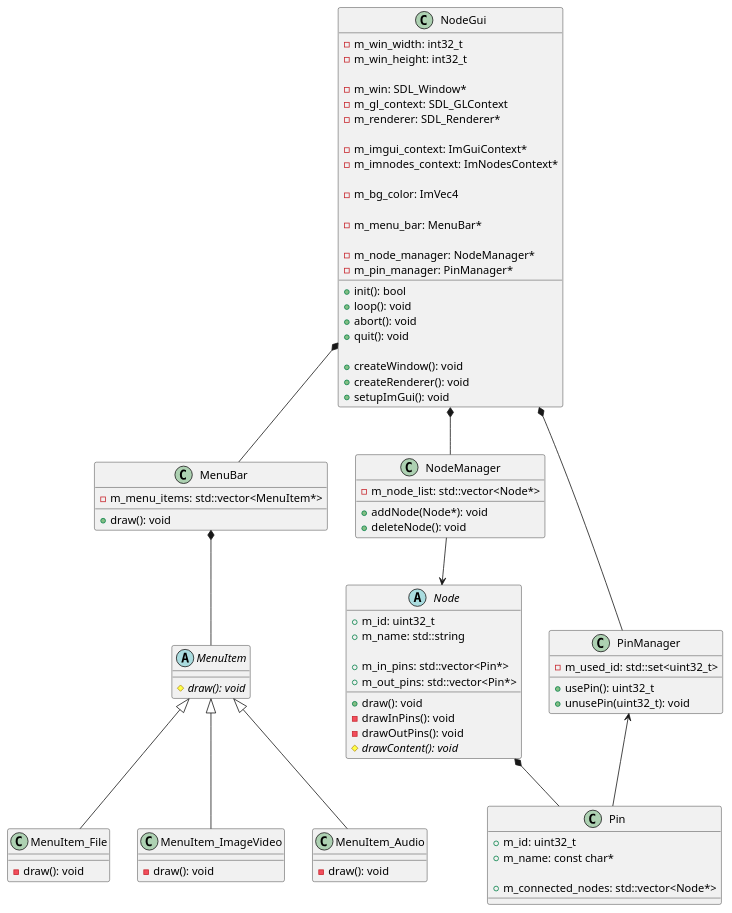
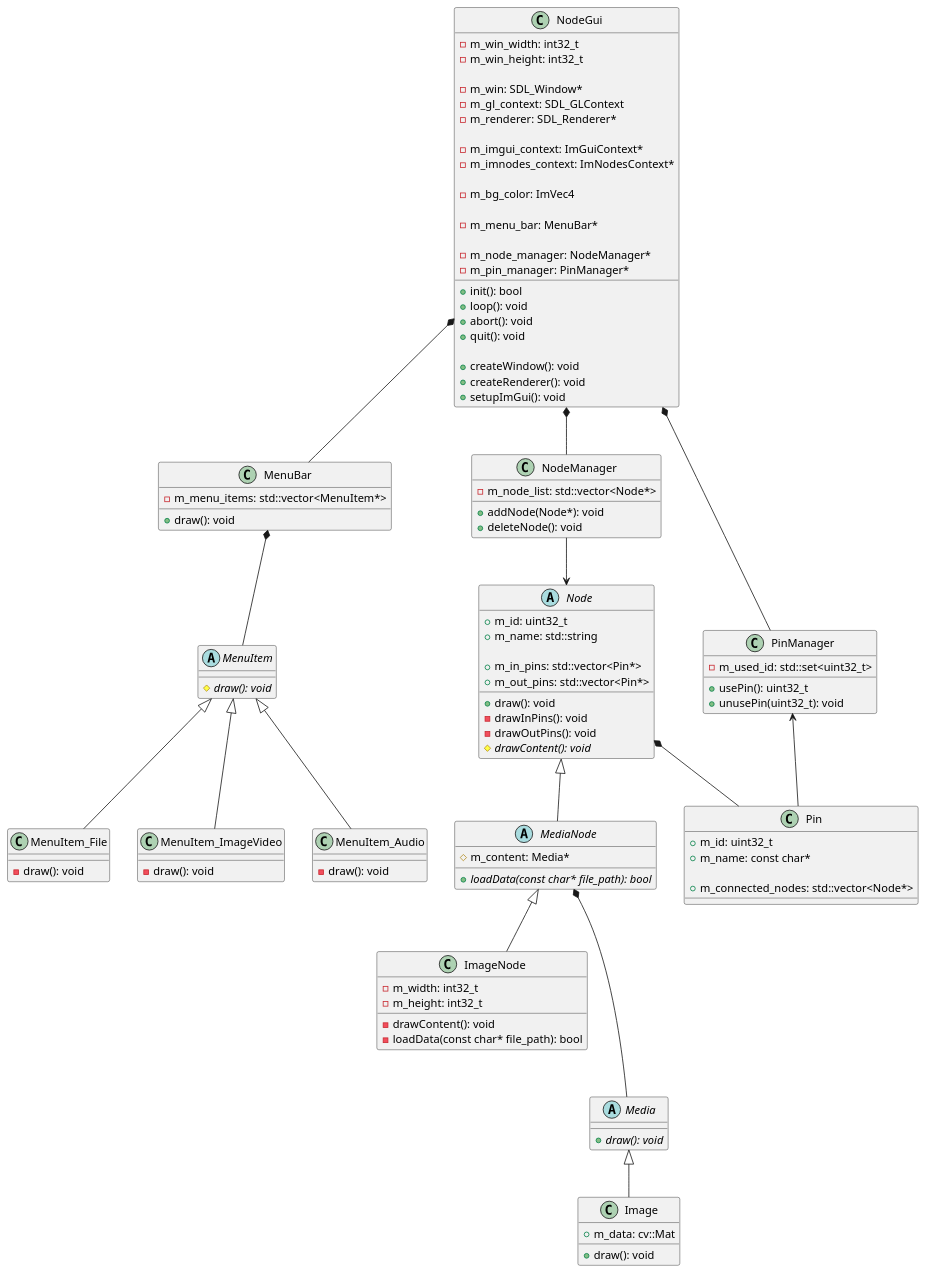
One commit to nkue-yst/NodeProcessV2 changed the diagram in uml/uml_impl.pu. Above: the diagram before and after it, drawn with PlantUML. The commit also changed 11 other files, not shown here.

Commit message:
Add Image Node

```diff
--- a/uml/uml_impl.pu
+++ b/uml/uml_impl.pu
@@ -1,101 +1,130 @@
 @startuml NodeProcessing_Impl
 
 class NodeGui {
     +init(): bool
     +loop(): void
     +abort(): void
     +quit(): void
 
     +createWindow(): void
     +createRenderer(): void
     +setupImGui(): void
 
     -m_win_width: int32_t
     -m_win_height: int32_t
 
     -m_win: SDL_Window*
     -m_gl_context: SDL_GLContext
     -m_renderer: SDL_Renderer*
 
     -m_imgui_context: ImGuiContext*
     -m_imnodes_context: ImNodesContext*
 
     -m_bg_color: ImVec4
 
     -m_menu_bar: MenuBar*
 
     -m_node_manager: NodeManager*
     -m_pin_manager: PinManager*
 }
 
 class MenuBar {
     +draw(): void
 
     -m_menu_items: std::vector<MenuItem*>
 }
 
 abstract class MenuItem {
     {abstract} #draw(): void
 }
 
 class MenuItem_File {
     -draw(): void
 }
 
 class MenuItem_ImageVideo {
     -draw(): void
 }
 
 class MenuItem_Audio {
     -draw(): void
 }
 
 class NodeManager {
     +addNode(Node*): void
     +deleteNode(): void
 
     -m_node_list: std::vector<Node*>
 }
 
 abstract class Node {
     +draw(): void
     -drawInPins(): void
     -drawOutPins(): void
     {abstract} #drawContent(): void
 
     +m_id: uint32_t
     +m_name: std::string
     
     +m_in_pins: std::vector<Pin*>
     +m_out_pins: std::vector<Pin*>
 }
 
+abstract class MediaNode {
+    {abstract} +loadData(const char* file_path): bool
+
+    #m_content: Media*
+}
+
+class ImageNode {
+    -drawContent(): void
+    -loadData(const char* file_path): bool
+
+    -m_width: int32_t
+    -m_height: int32_t
+}
+
 class PinManager {
     +usePin(): uint32_t
     +unusePin(uint32_t): void
 
     -m_used_id: std::set<uint32_t>
 }
 
 class Pin {
     +m_id: uint32_t
     +m_name: const char*
 
     +m_connected_nodes: std::vector<Node*>
 }
 
+abstract class Media {
+    {abstract} +draw(): void
+}
+
+class Image {
+    +draw(): void
+
+    +m_data: cv::Mat
+}
+
 NodeGui *-- NodeManager
 NodeGui *-- PinManager
 NodeGui *-- MenuBar
 
 MenuBar *-- MenuItem
 MenuItem <|-- MenuItem_File
 MenuItem <|-- MenuItem_ImageVideo
 MenuItem <|-- MenuItem_Audio
 
+Node <|-- MediaNode
 Node *-- Pin
+MediaNode <|-- ImageNode
+
+MediaNode *--- Media
+Media <|-- Image
 
 NodeManager --> Node
 PinManager <-- Pin
 
 @enduml
```
